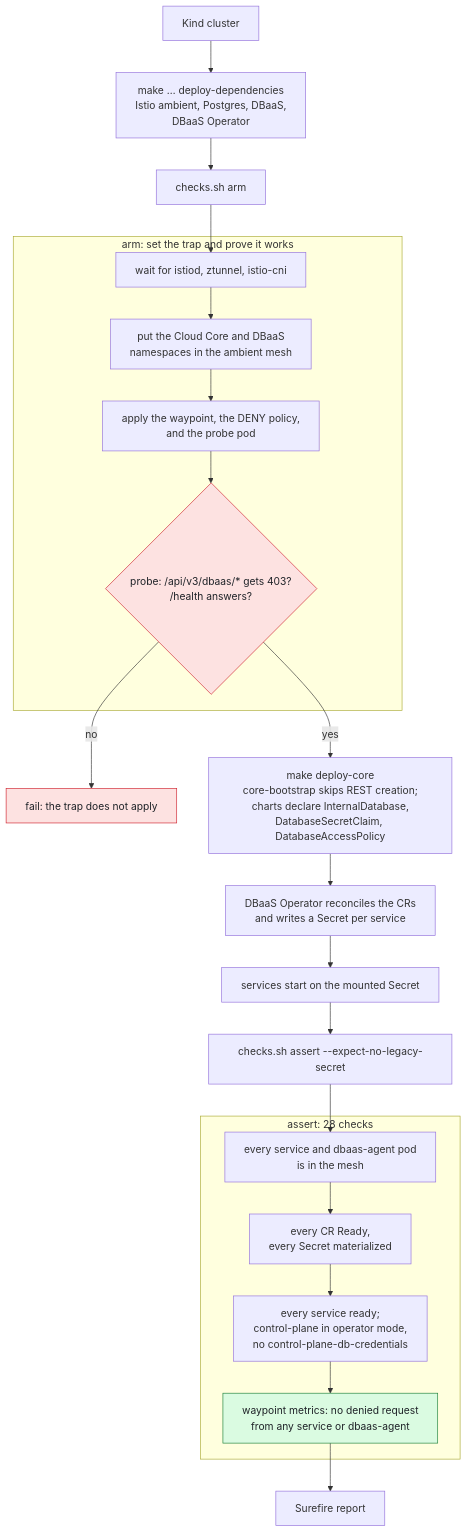
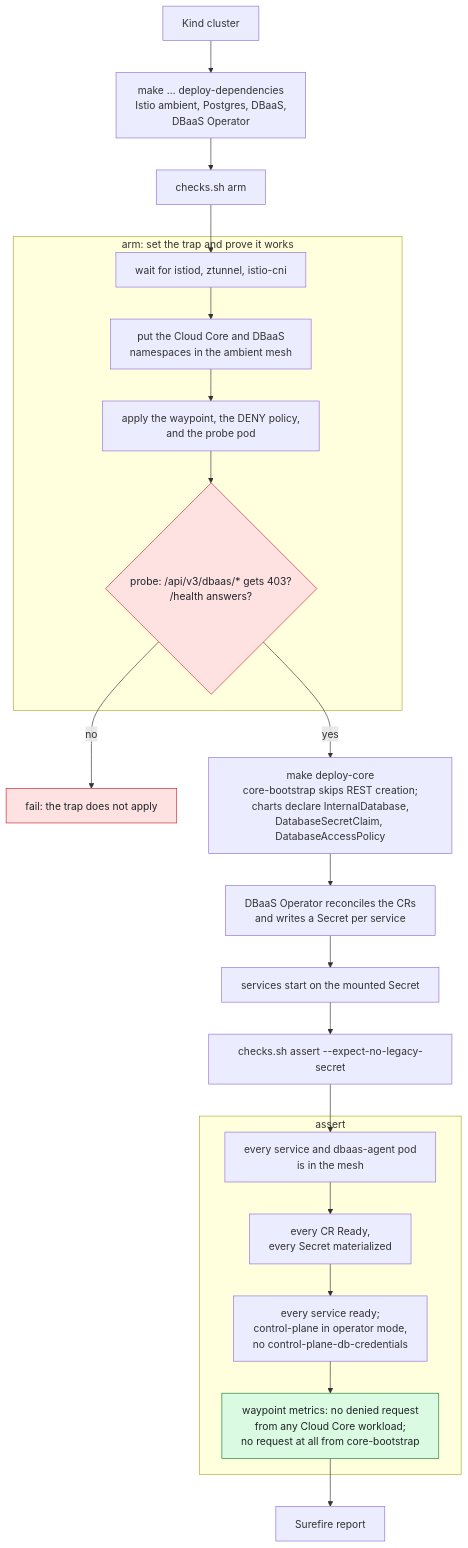
Before and after one commit to Netcracker/qubership-core-test-apps: the second of 3 diagrams in dbaas-operator-tests/README.md, drawn with Mermaid. The commit also changed other lines of this file and 1 other file, not shown here.

First line of the commit message:
test: catch a REST call from core-bootstrap or any other Cloud Core workload

````diff
--- a/dbaas-operator-tests/README.md
+++ b/dbaas-operator-tests/README.md
@@ -81,33 +87,33 @@
 ```mermaid
 %%{init: {"flowchart": {"wrappingWidth": 320}}}%%
 flowchart TD
     A["Kind cluster"] --> B["make … deploy-dependencies<br/>Istio ambient, Postgres, DBaaS,<br/>DBaaS Operator"]
     B --> C["checks.sh arm"]
 
     subgraph arm["arm: set the trap and prove it works"]
         C1["wait for istiod, ztunnel, istio-cni"] --> C2["put the Cloud Core and DBaaS<br/>namespaces in the ambient mesh"]
         C2 --> C3["apply the waypoint, the DENY policy,<br/>and the probe pod"]
         C3 --> C4{"probe: /api/v3/dbaas/* gets 403?<br/>/health answers?"}
     end
 
     C --> C1
     C4 -- "no" --> F1["fail: the trap does not apply"]
     C4 -- "yes" --> D["make deploy-core<br/>core-bootstrap skips REST creation;<br/>charts declare InternalDatabase,<br/>DatabaseSecretClaim, DatabaseAccessPolicy"]
     D --> E["DBaaS Operator reconciles the CRs<br/>and writes a Secret per service"]
     E --> G["services start on the mounted Secret"]
     G --> H["checks.sh assert --expect-no-legacy-secret"]
 
-    subgraph assert["assert: 28 checks"]
+    subgraph assert["assert"]
         H1["every service and dbaas-agent pod<br/>is in the mesh"] --> H2["every CR Ready,<br/>every Secret materialized"]
         H2 --> H3["every service ready;<br/>control-plane in operator mode,<br/>no control-plane-db-credentials"]
-        H3 --> H4["waypoint metrics: no denied request<br/>from any service or dbaas-agent"]
+        H3 --> H4["waypoint metrics: no denied request<br/>from any Cloud Core workload;<br/>no request at all from core-bootstrap"]
     end
 
     H --> H1
     H4 --> R["Surefire report"]
 
     classDef trap fill:#fde2e1,stroke:#cf222e,color:#1f2328
     classDef proof fill:#dafbe1,stroke:#1a7f37,color:#1f2328
     class C4,F1 trap
     class H4 proof
 ```
````
